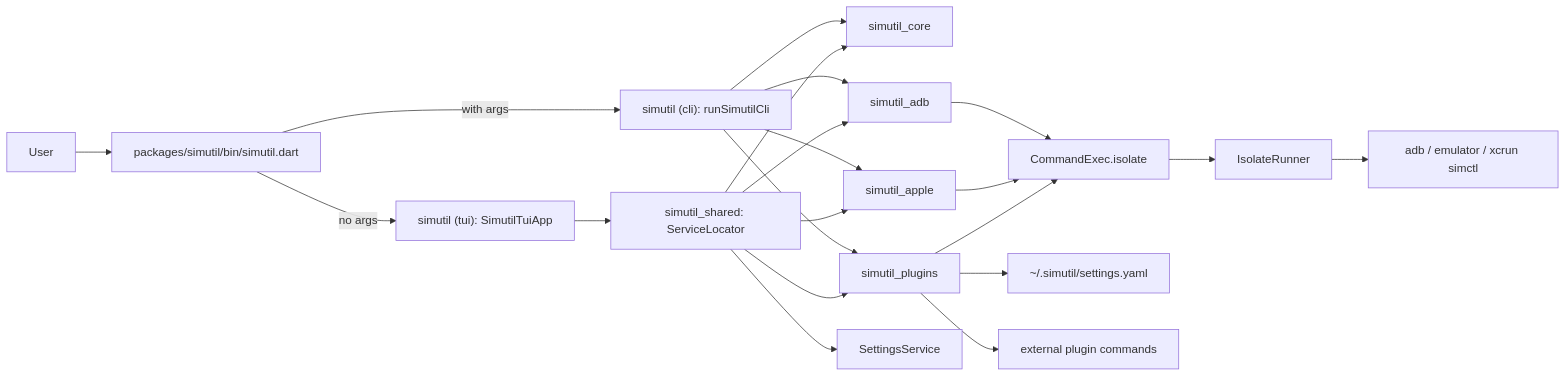
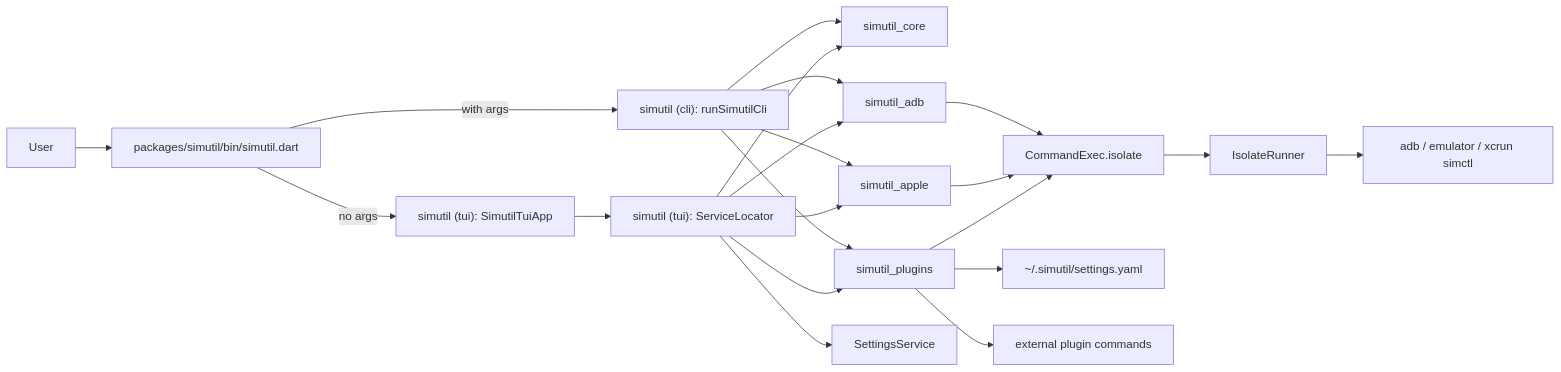
Before and after one commit to dungngminh/simutil: the diagram in docs/ai/architecture.md, drawn with Mermaid. The commit also changed other lines of this file and 6 other files, not shown here.

````diff
--- a/docs/ai/architecture.md
+++ b/docs/ai/architecture.md
@@ -59,23 +60,23 @@
 ```mermaid
 flowchart LR
     User[User] --> Bin["packages/simutil/bin/simutil.dart"]
     Bin -->|"no args"| App["simutil (tui): SimutilTuiApp"]
     Bin -->|"with args"| CLI["simutil (cli): runSimutilCli"]
     CLI --> Core
     CLI --> Adb
     CLI --> Apple
     CLI --> Plugins
-    App --> Locator["simutil_shared: ServiceLocator"]
+    App --> Locator["simutil (tui): ServiceLocator"]
     Locator --> Core["simutil_core"]
     Locator --> Adb["simutil_adb"]
     Locator --> Apple["simutil_apple"]
     Locator --> Plugins["simutil_plugins"]
     Locator --> Settings["SettingsService"]
     Adb --> Exec["CommandExec.isolate"]
     Apple --> Exec
     Plugins --> Exec
     Exec --> Runner["IsolateRunner"]
     Runner --> Shell["adb / emulator / xcrun simctl"]
     Plugins --> SettingsYaml["~/.simutil/settings.yaml"]
     Plugins --> PluginShell["external plugin commands"]
 ```
````
